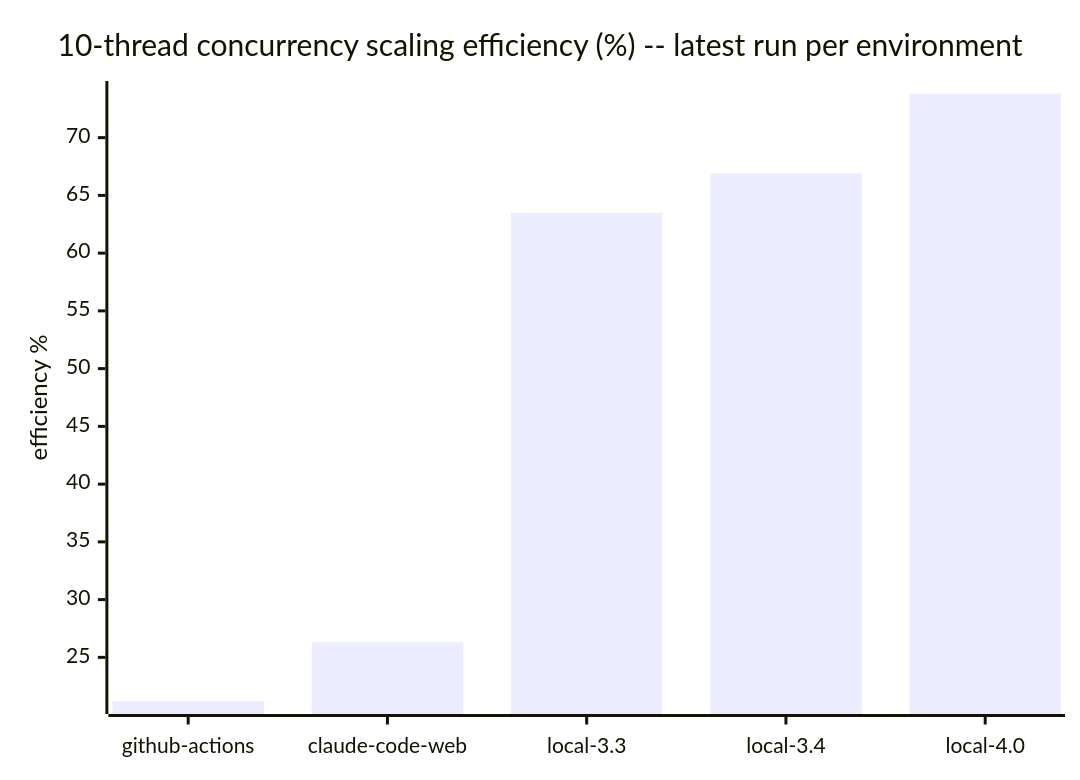
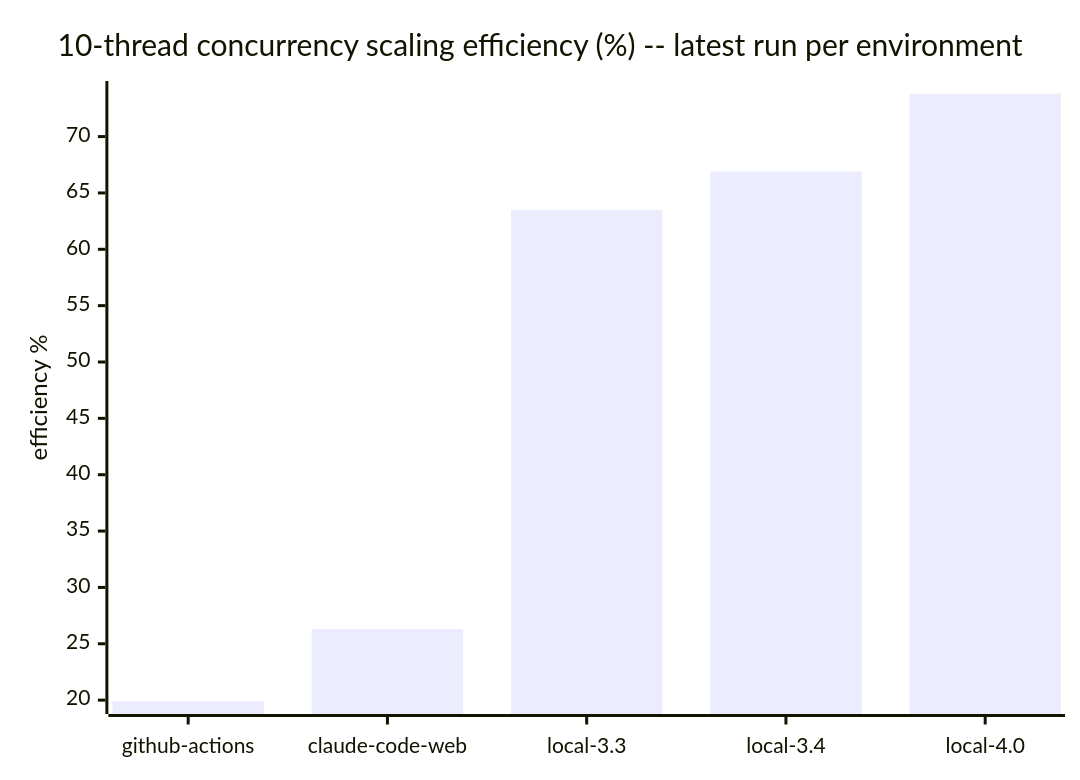
One commit to cpb/duckling changed the seventh of 7 diagrams in docs/benchmarks/README.md. Above: the diagram before and after it, drawn with Mermaid. The commit also changed other lines of this file and 1 other file, not shown here.

````diff
--- a/docs/benchmarks/README.md
+++ b/docs/benchmarks/README.md
@@ -223,7 +223,7 @@
 ```mermaid
 xychart-beta
     title "10-thread concurrency scaling efficiency (%) -- latest run per environment"
     x-axis [github-actions, claude-code-web, local-3.3, local-3.4, local-4.0]
     y-axis "efficiency %"
-    bar "efficiency_pct" [21.2, 26.3, 63.5, 66.9, 73.8]
+    bar "efficiency_pct" [19.9, 26.3, 63.5, 66.9, 73.8]
 ```
````
